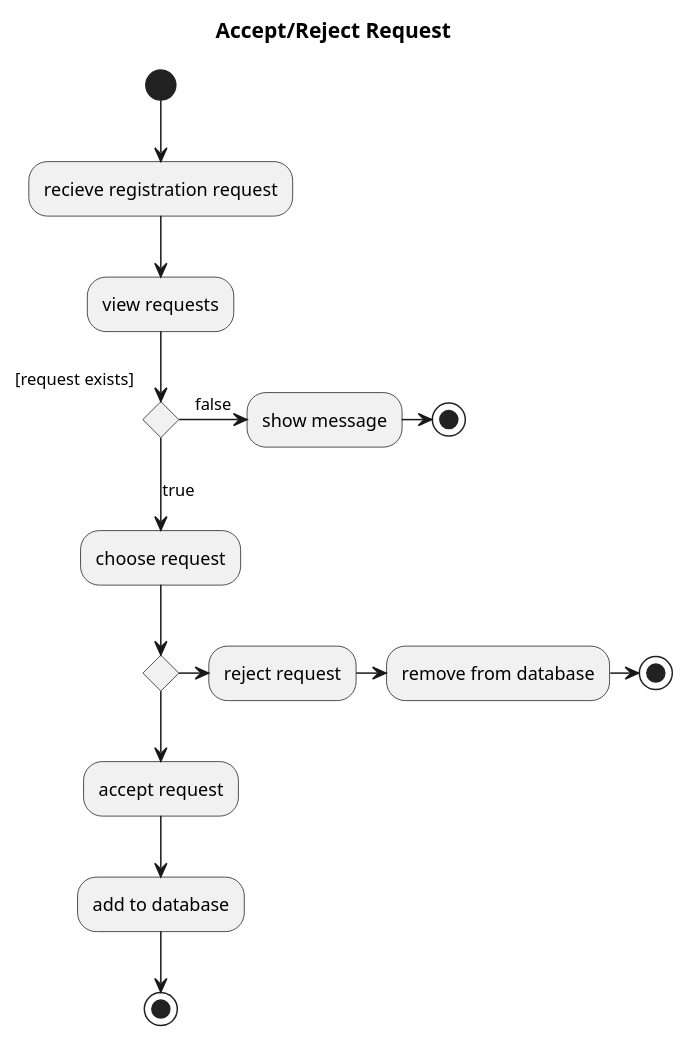
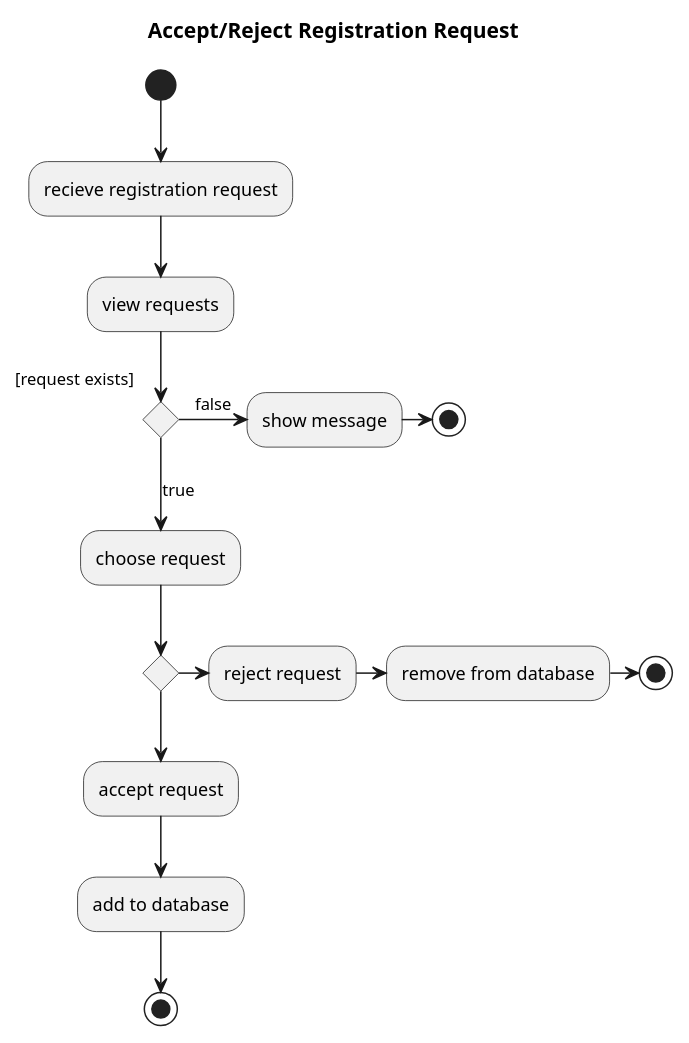
One commit to OmarAlghamdi/swe363-project-react changed the fourth of 6 diagrams in diagrams/activity/activity.puml. Above: the diagram before and after it, drawn with PlantUML.

```diff
--- a/diagrams/activity/activity.puml
+++ b/diagrams/activity/activity.puml
@@ -81,27 +81,27 @@
 @startuml
 title
-Accept/Reject Request
+Accept/Reject Registration Request
 end title
 (*)  --> "recieve registration request"
 "recieve registration request" --> "view requests"
 
 If "[request exists]" then
 --> [true] "choose request"
 
 If "" then
 --> "accept request"
 "accept request" --> "add to database"
 "add to database" --> (*3)
 
 else
 -> "reject request"
 "reject request" -> "remove from database"
 "remove from database" -> (*2)
 Endif
 
 else
 -> [false] "show message"
 "show message" -> (*1)
 
 Endif
 @enduml
```
